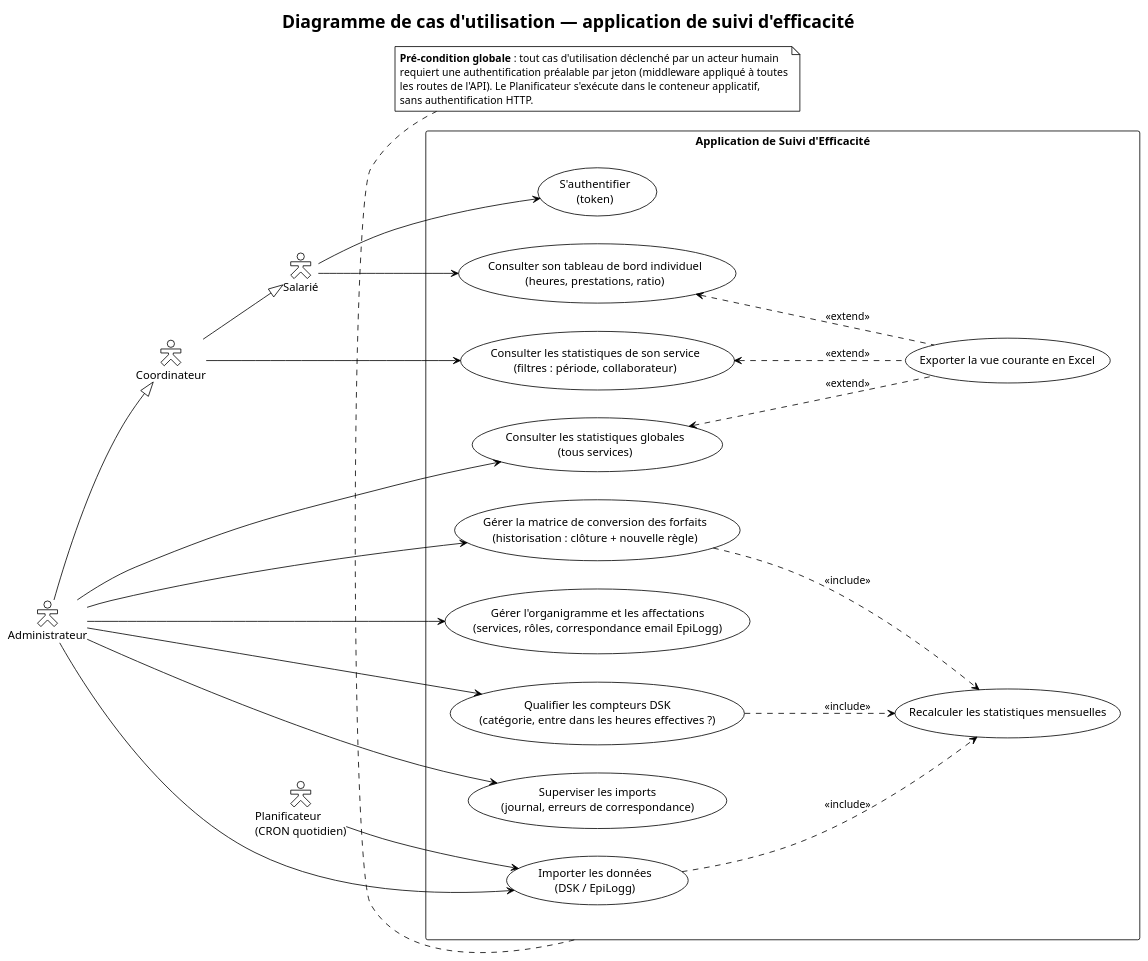
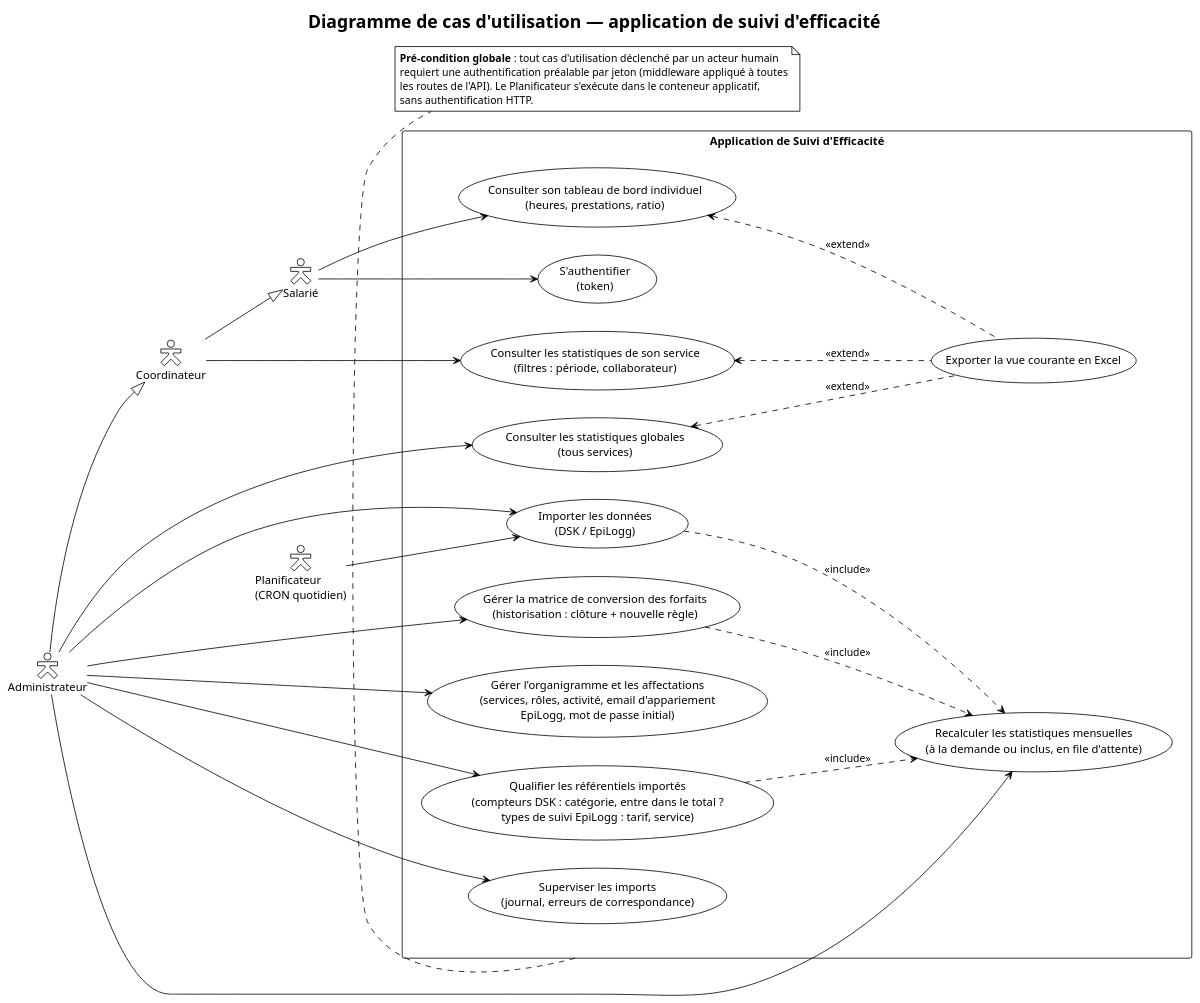
The diagram in diagramme_de_cas_d'utilisation.md (midjix/plantuml), drawn with PlantUML before and after one commit. The commit also changed 2 other files, not shown here.

Commit message:
docs(uml): administration endpoints (referential qualification, queue, recalculation)
- use cases: "qualify imported referentials" covers DSK accounts and
  EpiLogg follow-up types; recalculation on demand linked to the
  administrator; organisation chart details
- components: ReferentielService, queue + worker component between the
  controllers and EtlService / ConsolidationService
- README: journal entry and documented gap (queue worker for deployment)

````diff
--- a/diagramme_de_cas_d'utilisation.md
+++ b/diagramme_de_cas_d'utilisation.md
@@ -1,74 +1,75 @@
 ```plantuml
 @startuml
 !theme plain
 left to right direction
 skinparam packageStyle rectangle
 skinparam actorStyle hollow
 
 title Diagramme de cas d'utilisation — application de suivi d'efficacité
 
 ' --- Acteurs humains ---
 actor "Salarié" as sal
 actor "Coordinateur" as coord
 actor "Administrateur" as admin
 
 ' --- Acteur technique ---
 actor "Planificateur\n(CRON quotidien)" as cron
 
 ' --- Héritage des rôles ---
 coord --|> sal
 admin --|> coord
 
 ' --- Système ---
 rectangle "Application de Suivi d'Efficacité" as app {
 
     ' Authentification (commune à tous)
     usecase "S'authentifier\n(token)" as UC_login
 
     ' Consultation
     usecase "Consulter son tableau de bord individuel\n(heures, prestations, ratio)" as UC_dashboard
     usecase "Consulter les statistiques de son service\n(filtres : période, collaborateur)" as UC_team_stats
     usecase "Consulter les statistiques globales\n(tous services)" as UC_global_stats
     usecase "Exporter la vue courante en Excel" as UC_export
 
     ' Paramétrage (Administrateur)
     usecase "Gérer la matrice de conversion des forfaits\n(historisation : clôture + nouvelle règle)" as UC_matrix
-    usecase "Gérer l'organigramme et les affectations\n(services, rôles, correspondance email EpiLogg)" as UC_organigramme
-    usecase "Qualifier les compteurs DSK\n(catégorie, entre dans les heures effectives ?)" as UC_comptes
+    usecase "Gérer l'organigramme et les affectations\n(services, rôles, activité, email d'appariement\nEpiLogg, mot de passe initial)" as UC_organigramme
+    usecase "Qualifier les référentiels importés\n(compteurs DSK : catégorie, entre dans le total ?\ntypes de suivi EpiLogg : tarif, service)" as UC_comptes
 
     ' Import et supervision
     usecase "Importer les données\n(DSK / EpiLogg)" as UC_import
-    usecase "Recalculer les statistiques mensuelles" as UC_recalc
+    usecase "Recalculer les statistiques mensuelles\n(à la demande ou inclus, en file d'attente)" as UC_recalc
     usecase "Superviser les imports\n(journal, erreurs de correspondance)" as UC_supervision
 
     ' Relations
     UC_dashboard <.. UC_export : <<extend>>
     UC_team_stats <.. UC_export : <<extend>>
     UC_global_stats <.. UC_export : <<extend>>
 
     UC_import ..> UC_recalc : <<include>>
     UC_matrix ..> UC_recalc : <<include>>
     UC_comptes ..> UC_recalc : <<include>>
 }
 
 note bottom of app
   **Pré-condition globale** : tout cas d'utilisation déclenché par un acteur humain
   requiert une authentification préalable par jeton (middleware appliqué à toutes
   les routes de l'API). Le Planificateur s'exécute dans le conteneur applicatif,
   sans authentification HTTP.
 end note
 
 ' --- Liaisons acteurs -> cas d'utilisation ---
 sal --> UC_login
 sal --> UC_dashboard
 coord --> UC_team_stats
 admin --> UC_global_stats
 admin --> UC_matrix
 admin --> UC_organigramme
 admin --> UC_comptes
 admin --> UC_import
+admin --> UC_recalc
 admin --> UC_supervision
 cron --> UC_import
 
 @enduml
 ```
````
